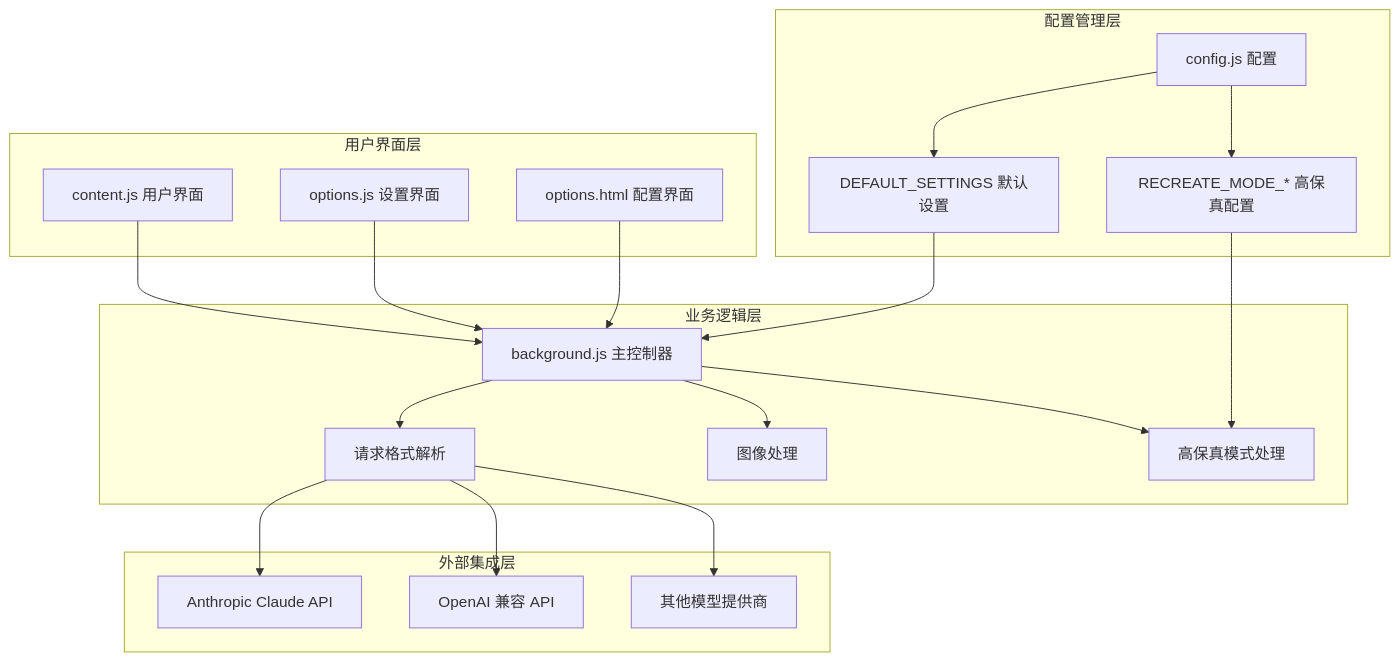
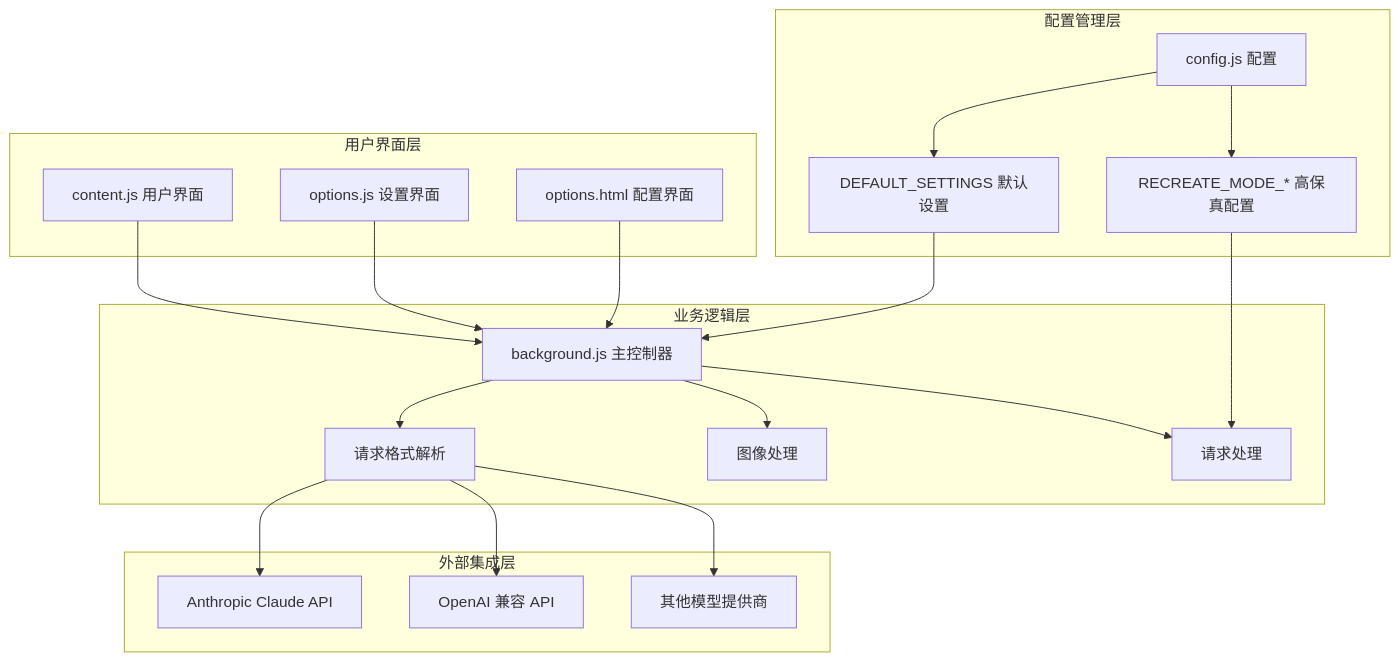
One commit to binasi/Img2Prompt changed the third of 9 diagrams in .qoder/repowiki/zh/content/核心功能/AI 模型集成/Anthropic Claude 接口.md. Above: the diagram before and after it, drawn with Mermaid. The commit also changed other lines of this file and 8 other files, not shown here.

````diff
--- a/.qoder/repowiki/zh/content/核心功能/AI 模型集成/Anthropic Claude 接口.md
+++ b/.qoder/repowiki/zh/content/核心功能/AI 模型集成/Anthropic Claude 接口.md
@@ -108,37 +100,37 @@
 ```mermaid
 graph TB
 subgraph "用户界面层"
 A[content.js 用户界面]
 B[options.js 设置界面]
 C[options.html 配置界面]
 end
 subgraph "业务逻辑层"
 D[background.js 主控制器]
 E[请求格式解析]
 F[图像处理]
-G[高保真模式处理]
+G[请求处理]
 end
 subgraph "外部集成层"
 H[Anthropic Claude API]
 I[OpenAI 兼容 API]
 J[其他模型提供商]
 end
 subgraph "配置管理层"
 K[config.js 配置]
 L[DEFAULT_SETTINGS 默认设置]
 M[RECREATE_MODE_* 高保真配置]
 end
 A --> D
 B --> D
 C --> D
 D --> E
 D --> F
 D --> G
 E --> H
 E --> I
 E --> J
 K --> L
 K --> M
 L --> D
 M --> G
 ```
````
